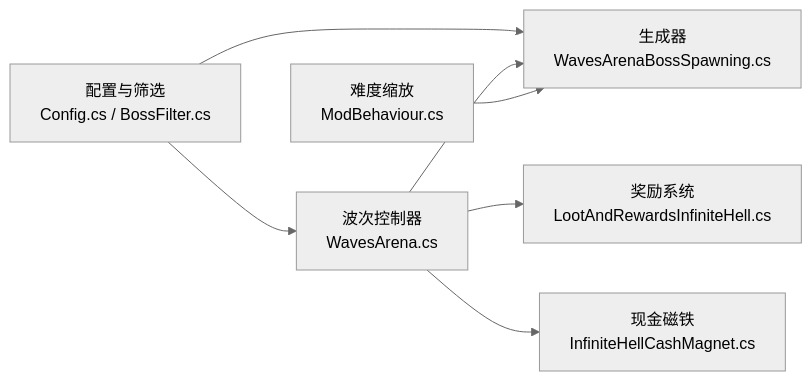
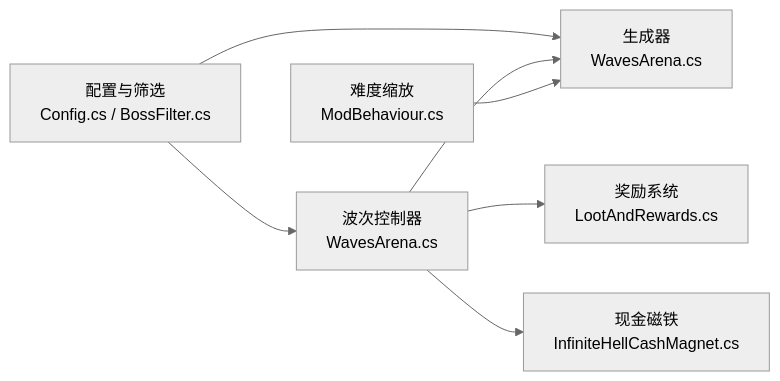
One commit to GASEN1216/BossRushMod changed the seventh of 7 diagrams in .qoder/repowiki/zh/content/游戏模式系统/标准 BossRush 模式/无间炼狱模式.md. Above: the diagram before and after it, drawn with Mermaid (neutral theme). The commit also changed other lines of this file and 124 other files, not shown here.

````diff
--- a/.qoder/repowiki/zh/content/游戏模式系统/标准 BossRush 模式/无间炼狱模式.md
+++ b/.qoder/repowiki/zh/content/游戏模式系统/标准 BossRush 模式/无间炼狱模式.md
@@ -279,9 +279,9 @@
 ```mermaid
 graph LR
 Config["配置与筛选<br/>Config.cs / BossFilter.cs"] --> WA["波次控制器<br/>WavesArena.cs"]
-Config --> Spawn["生成器<br/>WavesArenaBossSpawning.cs"]
+Config --> Spawn["生成器<br/>WavesArena.cs"]
 WA --> Spawn
-WA --> Rewards["奖励系统<br/>LootAndRewardsInfiniteHell.cs"]
+WA --> Rewards["奖励系统<br/>LootAndRewards.cs"]
 WA --> Magnet["现金磁铁<br/>InfiniteHellCashMagnet.cs"]
 Scaling["难度缩放<br/>ModBehaviour.cs"] --> Spawn
 ```
````
